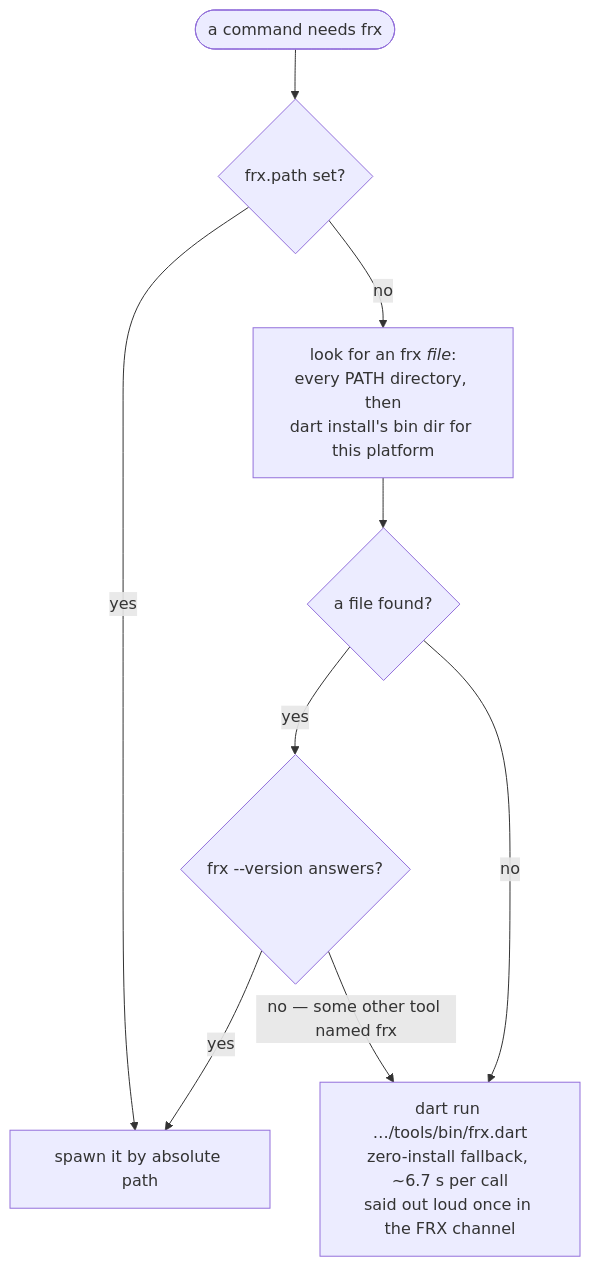
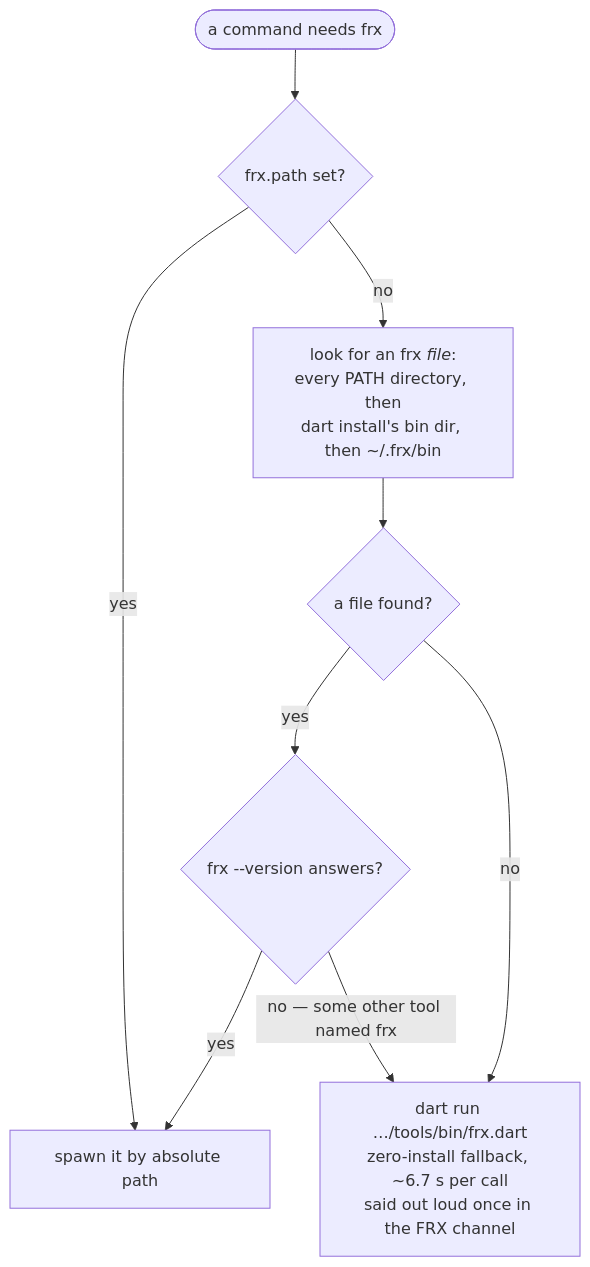
One commit to pro100andrey/flutter_redux_templates changed the third of 3 diagrams in tools/vscode/README.md. Above: the diagram before and after it, drawn with Mermaid. The commit also changed other lines of this file and 21 other files, not shown here.

````diff
--- a/tools/vscode/README.md
+++ b/tools/vscode/README.md
@@ -662,11 +699,11 @@
 ```mermaid
 flowchart TD
     need(["a command needs frx"]) --> setting{"frx.path set?"}
     setting -->|yes| run["spawn it by absolute path"]
-    setting -->|no| look["look for an frx <i>file</i>:<br>every PATH directory, then<br>dart install's bin dir for this platform"]
+    setting -->|no| look["look for an frx <i>file</i>:<br>every PATH directory, then<br>dart install's bin dir, then ~/.frx/bin"]
     look --> found{"a file found?"}
     found -->|yes| ver{"frx --version answers?"}
     ver -->|yes| run
     ver -->|"no — some other tool named frx"| fb["dart run …/tools/bin/frx.dart<br>zero-install fallback, ~6.7 s per call<br>said out loud once in the FRX channel"]
     found -->|no| fb
 ```
````
